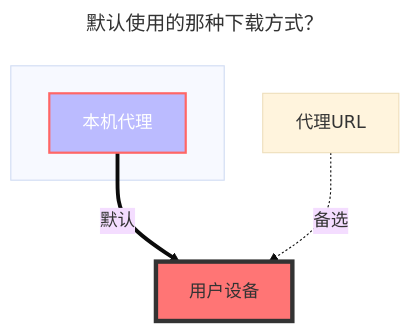
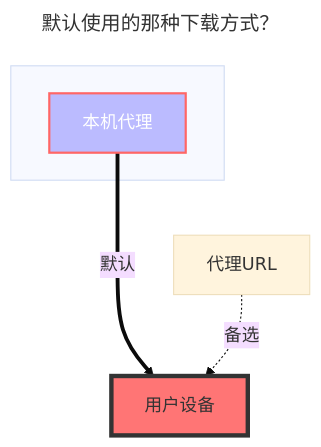
The diagram in docs/zh/guide/drivers/115.md (alist-org/docs), drawn with Mermaid (base theme) before and after one commit. The commit also changed 39 other files, not shown here.

````diff
--- a/docs/zh/guide/drivers/115.md
+++ b/docs/zh/guide/drivers/115.md
@@ -116,16 +116,16 @@
 ```mermaid
 ---
 title: 默认使用的那种下载方式？
 ---
 flowchart TB
     style c1 fill:#bbf,stroke:#f66,stroke-width:2px,color:#fff
     style a2 fill:#ff7575,stroke:#333,stroke-width:4px
     subgraph ide1 [ ]
     c1
     end
-    c1[本机代理]:::someclass==默认==>a2[用户设备]
+    c1[本机代理]:::someclass==默认===>a2[用户设备]
     classDef someclass fill:#f96
     b1[代理URL]-.备选.->a2[用户设备]
     click b1 "../drivers/common.html#webdav-策略"
     click c1 "../drivers/common.html#webdav-策略"
 ```
````
